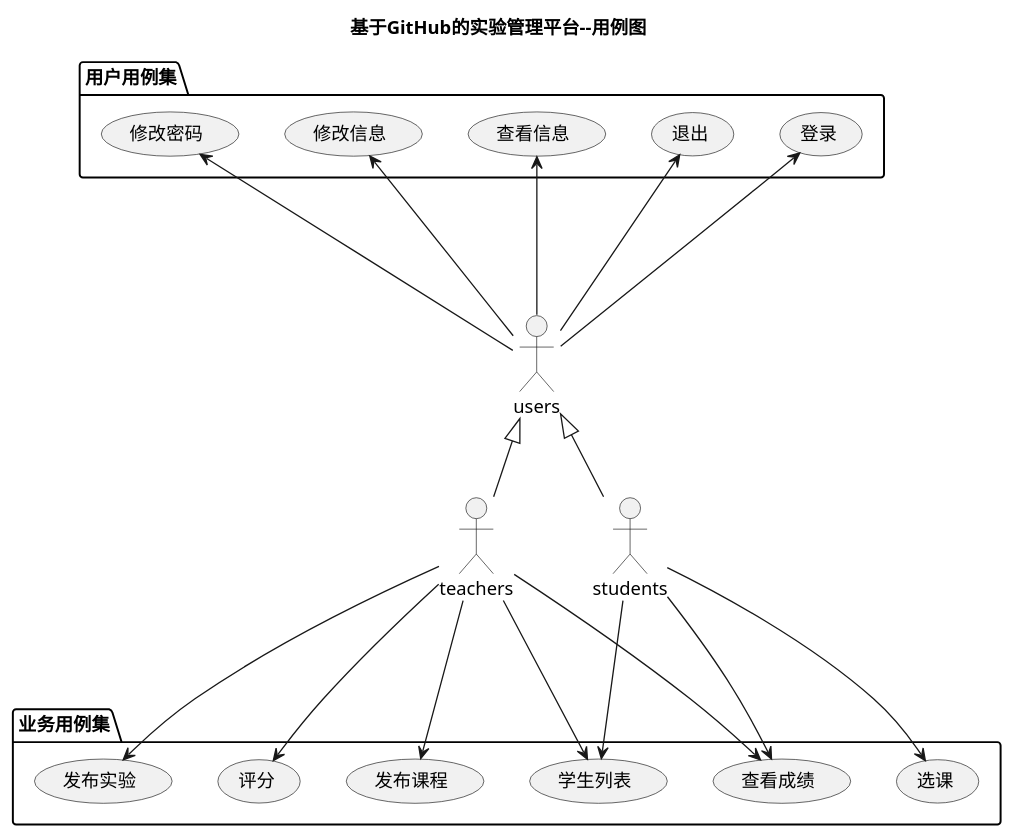
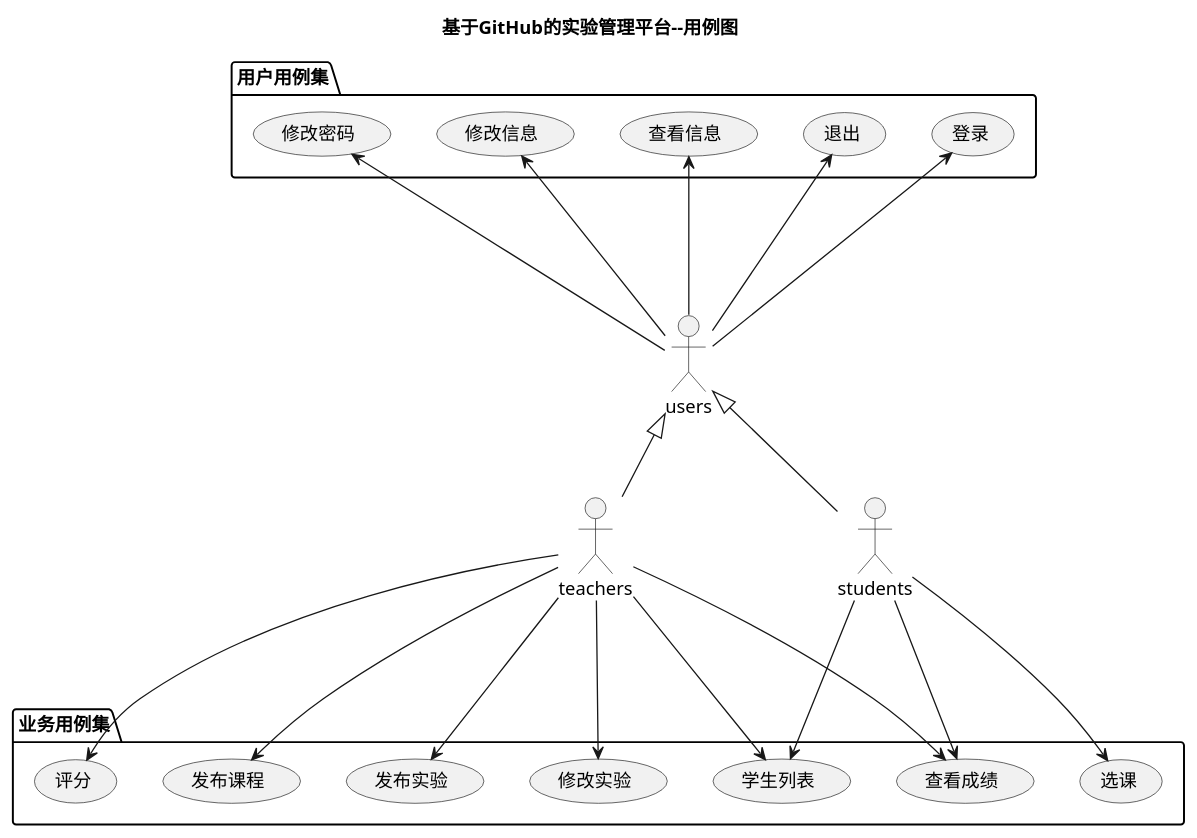
One commit to huangzhaowei123/is_analysis changed the diagram in test6/src/用例图设计.puml. Above: the diagram before and after it, drawn with PlantUML.

```diff
--- a/test6/src/用例图设计.puml
+++ b/test6/src/用例图设计.puml
@@ -1,27 +1,28 @@
 @startuml
 title 基于GitHub的实验管理平台--用例图
 actor teachers
 actor students
 actor users
 users <|-- teachers
 users <|-- students
 
 package 用户用例集 {
 users --up-> (登录)
 users --up-> (退出)
 users --up-> (查看信息)
 users --up-> (修改信息)
 users --up-> (修改密码)
 }
 package 业务用例集 {
 teachers ---> (评分)
 teachers ---> (查看成绩)
 teachers ---> (发布课程)
 teachers ---> (发布实验)
+teachers ---> (修改实验)
 teachers ---> (学生列表)
 students ---> (学生列表)
 students ---> (查看成绩)
 students ---> (选课)
 }
 
 @enduml
```
